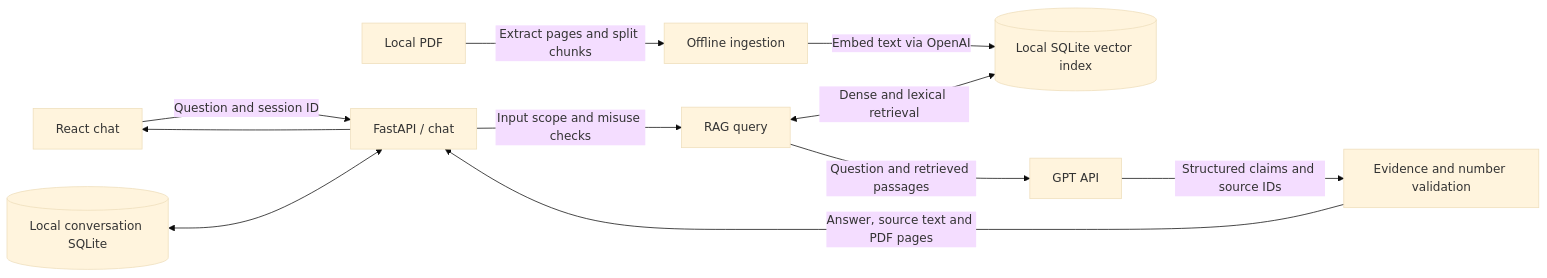
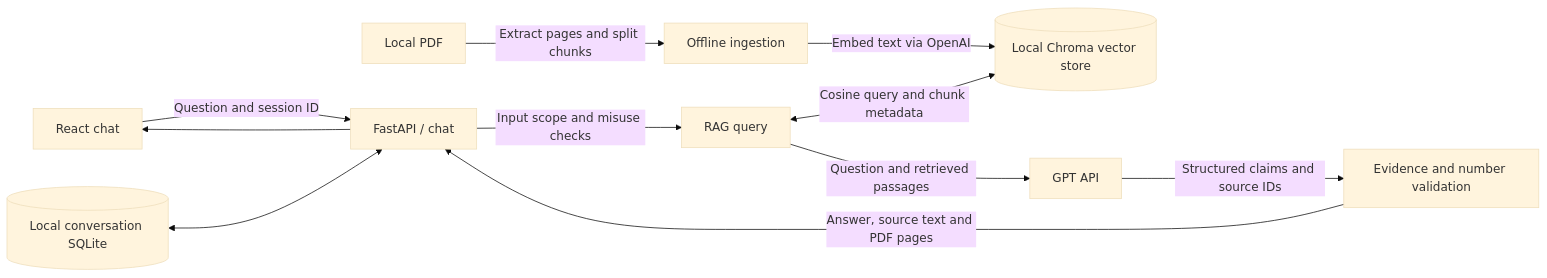
Before and after one commit to zihanzhao94/insure-tutor: the diagram in README.md, drawn with Mermaid (base theme). The commit also changed other lines of this file and 6 other files, not shown here.

Commit message:
feat: use persistent Chroma for RAG vector storage

````diff
--- a/README.md
+++ b/README.md
@@ -85,13 +91,13 @@
 ```mermaid
 flowchart LR
     PDF[Local PDF] -->|Extract pages and split chunks| Ingest[Offline ingestion]
-    Ingest -->|Embed text via OpenAI| Store[(Local SQLite vector index)]
+    Ingest -->|Embed text via OpenAI| Store[(Local Chroma vector store)]
     UI[React chat] -->|Question and session ID| API[FastAPI / chat]
     API -->|Input scope and misuse checks| RAG[RAG query]
     History[(Local conversation SQLite)] <--> API
-    RAG <-->|Dense and lexical retrieval| Store
+    RAG <-->|Cosine query and chunk metadata| Store
     RAG -->|Question and retrieved passages| GPT[GPT API]
     GPT -->|Structured claims and source IDs| Check[Evidence and number validation]
     Check -->|Answer, source text and PDF pages| API
     API --> UI
 ```
````
